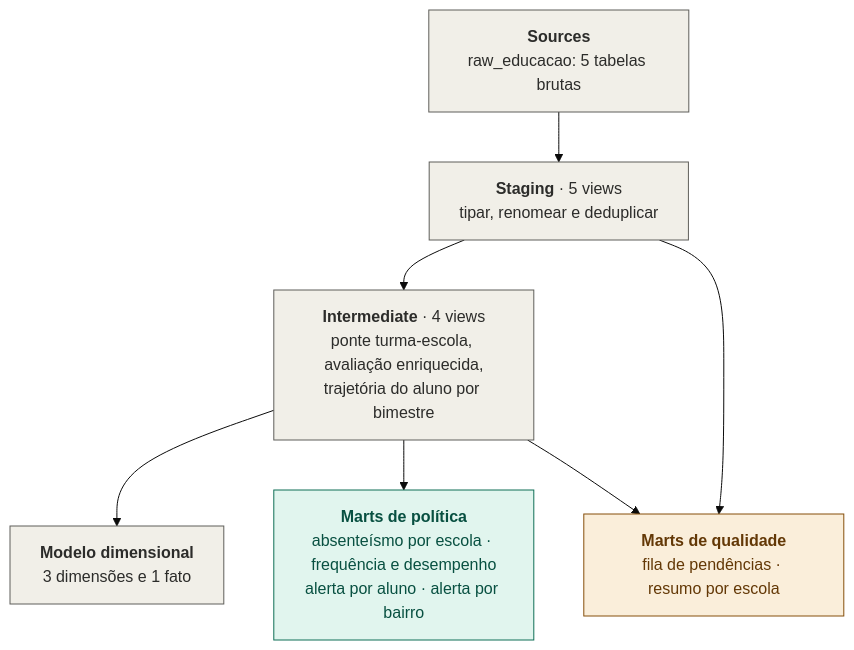
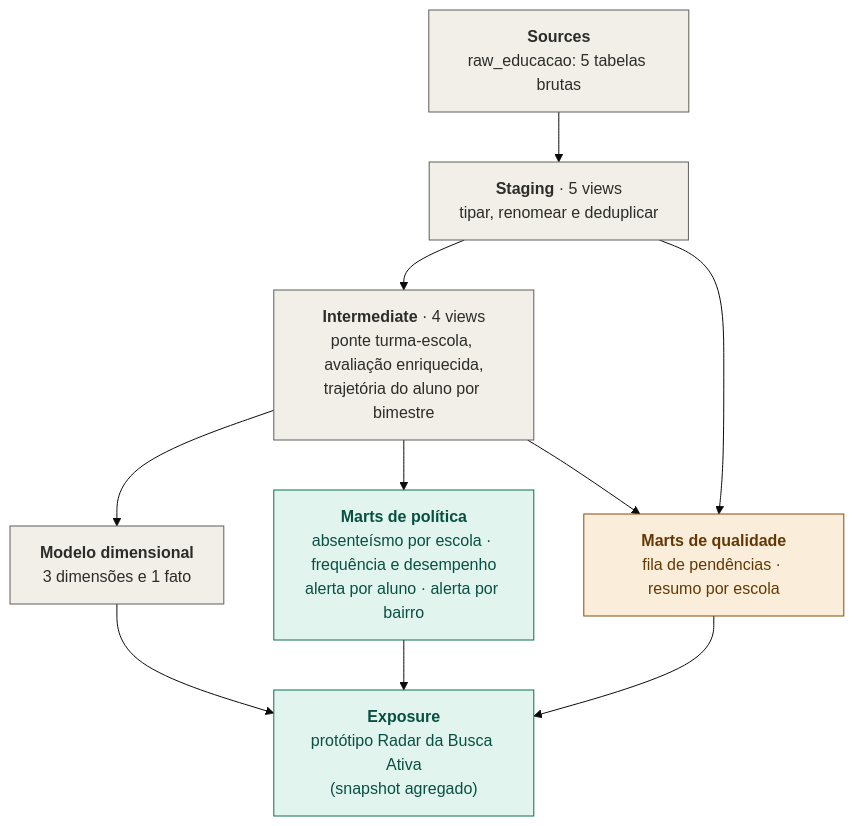
One commit to juliourb/desafio-cientista-dados-peqc changed the first of 2 diagrams in README.md. Above: the diagram before and after it, drawn with Mermaid (base theme). The commit also changed other lines of this file, not shown here.

Commit message:
docs: secao do prototipo radar da busca ativa no README

````diff
--- a/README.md
+++ b/README.md
@@ -78,20 +83,25 @@
 ```mermaid
 flowchart TB
   A["<b>Sources</b><br/>raw_educacao: 5 tabelas brutas"]
   B["<b>Staging</b> · 5 views<br/>tipar, renomear e deduplicar"]
   C["<b>Intermediate</b> · 4 views<br/>ponte turma-escola, avaliação enriquecida,<br/>trajetória do aluno por bimestre"]
   D["<b>Modelo dimensional</b><br/>3 dimensões e 1 fato"]
   E["<b>Marts de política</b><br/>absenteísmo por escola · frequência e desempenho<br/>alerta por aluno · alerta por bairro"]
   F["<b>Marts de qualidade</b><br/>fila de pendências · resumo por escola"]
+  G["<b>Exposure</b><br/>protótipo Radar da Busca Ativa<br/>(snapshot agregado)"]
   A --> B --> C
   C --> D
   C --> E
   C --> F
   B --> F
+  D --> G
+  E --> G
+  F --> G
   classDef base fill:#F1EFE8,stroke:#5F5E5A,color:#2C2C2A
   classDef pol fill:#E1F5EE,stroke:#0F6E56,color:#085041
   classDef qual fill:#FAEEDA,stroke:#854F0B,color:#633806
   class A,B,C,D base
   class E pol
   class F qual
+  class G pol
 ```
````
